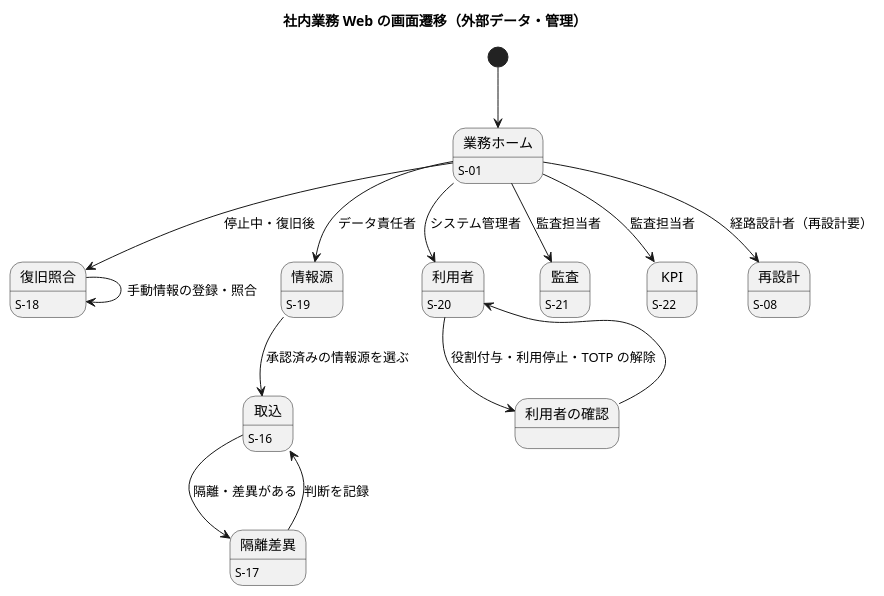
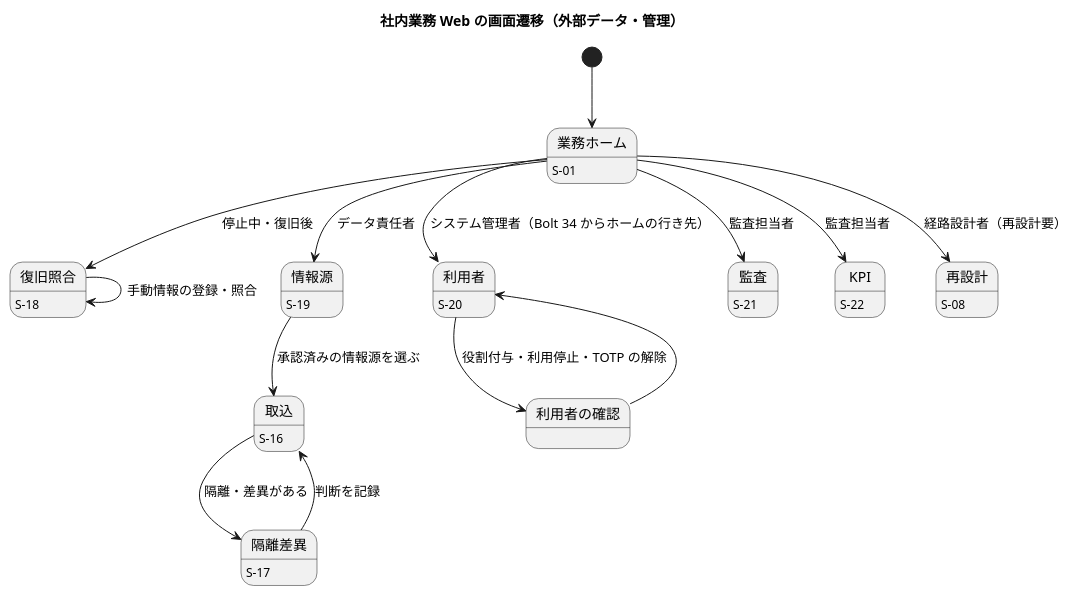
The seventh of 33 diagrams in docs/design/cargo-tracker/ui_design.md (k2works/practical-domain-driven-design-in-enterpris-application), drawn with PlantUML before and after one commit. The commit also changed other lines of this file and 9 other files, not shown here.

````diff
--- a/docs/design/cargo-tracker/ui_design.md
+++ b/docs/design/cargo-tracker/ui_design.md
@@ -477,28 +480,28 @@
 ```plantuml
 @startuml
 title 社内業務 Web の画面遷移（外部データ・管理）
 [*] --> 業務ホーム
 業務ホーム : S-01
 取込 : S-16
 隔離差異 : S-17
 復旧照合 : S-18
 情報源 : S-19
 利用者 : S-20
 監査 : S-21
 KPI : S-22
 再設計 : S-08
 
 業務ホーム --> 情報源 : データ責任者
 情報源 --> 取込 : 承認済みの情報源を選ぶ
 取込 --> 隔離差異 : 隔離・差異がある
 隔離差異 --> 取込 : 判断を記録
 業務ホーム --> 復旧照合 : 停止中・復旧後
 復旧照合 --> 復旧照合 : 手動情報の登録・照合
 業務ホーム --> 再設計 : 経路設計者（再設計要）
-業務ホーム --> 利用者 : システム管理者
+業務ホーム --> 利用者 : システム管理者（Bolt 34 からホームの行き先）
 利用者 --> 利用者の確認 : 役割付与・利用停止・TOTP の解除
 利用者の確認 --> 利用者
 業務ホーム --> 監査 : 監査担当者
 業務ホーム --> KPI : 監査担当者
 @enduml
 ```
````
